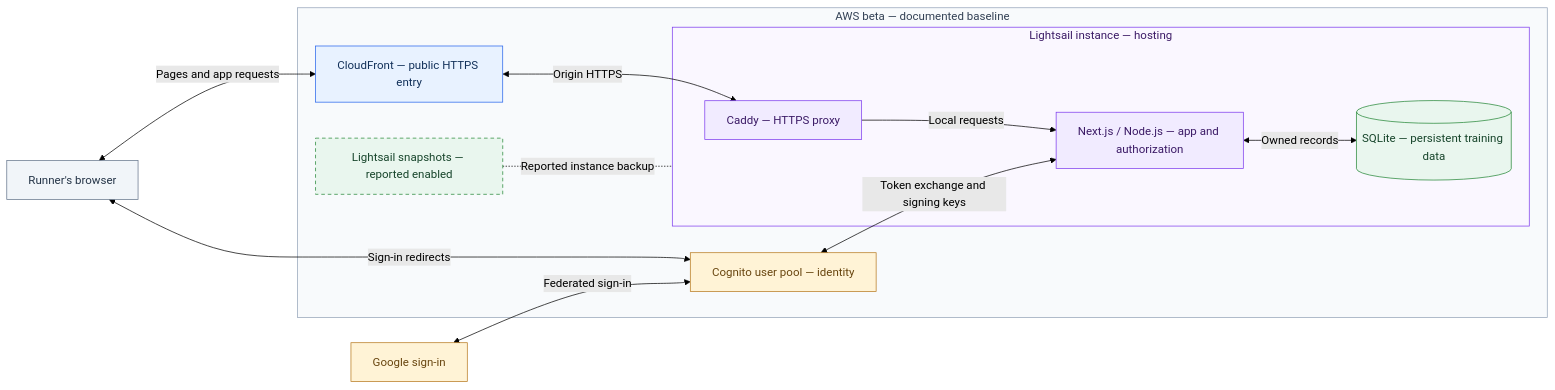
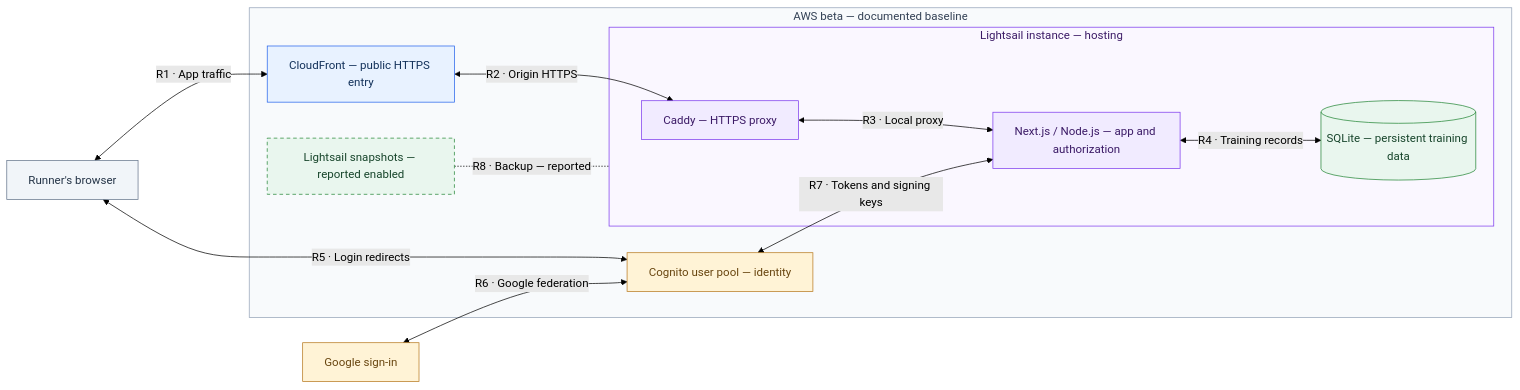
The first of 2 diagrams in docs/architecture.md (HewieTran/forrest-runs), drawn with Mermaid (forest theme) before and after one commit. The commit also changed other lines of this file, not shown here.

Commit message:
docs: number architecture connections and explain flow activities

````diff
--- a/docs/architecture.md
+++ b/docs/architecture.md
@@ -47,40 +55,40 @@
 ```mermaid
 flowchart LR
     browser["Runner's browser"]
     google["Google sign-in"]
 
     subgraph aws["AWS beta — documented baseline"]
         edge["CloudFront — public HTTPS entry"]
         cognito["Cognito user pool — identity"]
         snapshots["Lightsail snapshots — reported enabled"]
         subgraph host["Lightsail instance — hosting"]
             caddy["Caddy — HTTPS proxy"]
             app["Next.js / Node.js — app and authorization"]
             db[("SQLite — persistent training data")]
-            caddy -->|"Local requests"| app
-            app <-->|"Owned records"| db
+            caddy <-->|"R3 · Local proxy"| app
+            app <-->|"R4 · Training records"| db
         end
-        edge <-->|"Origin HTTPS"| caddy
-        cognito <-->|"Token exchange and signing keys"| app
-        snapshots -.-|"Reported instance backup"| host
+        edge <-->|"R2 · Origin HTTPS"| caddy
+        cognito <-->|"R7 · Tokens and signing keys"| app
+        snapshots -.-|"R8 · Backup — reported"| host
     end
 
-    browser <-->|"Pages and app requests"| edge
-    browser <-->|"Sign-in redirects"| cognito
-    google <-->|"Federated sign-in"| cognito
+    browser <-->|"R1 · App traffic"| edge
+    browser <-->|"R5 · Login redirects"| cognito
+    google <-->|"R6 · Google federation"| cognito
 
     classDef client fill:#F1F5F9,stroke:#64748B,color:#243447
     classDef network fill:#E8F2FF,stroke:#2563EB,color:#12315A
     classDef compute fill:#F1EBFF,stroke:#7C3AED,color:#3B1A66
     classDef identity fill:#FFF3D6,stroke:#B7791F,color:#68450F
     classDef storage fill:#E9F6EE,stroke:#238636,color:#17452B
     classDef reported fill:#E9F6EE,stroke:#238636,color:#17452B,stroke-dasharray:5 4
     class browser client
     class edge network
     class caddy,app compute
     class cognito,google identity
     class db storage
     class snapshots reported
     style aws fill:#F8FAFC,stroke:#94A3B8,color:#334155
     style host fill:#FAF7FF,stroke:#7C3AED,color:#3B1A66
 ```
````
